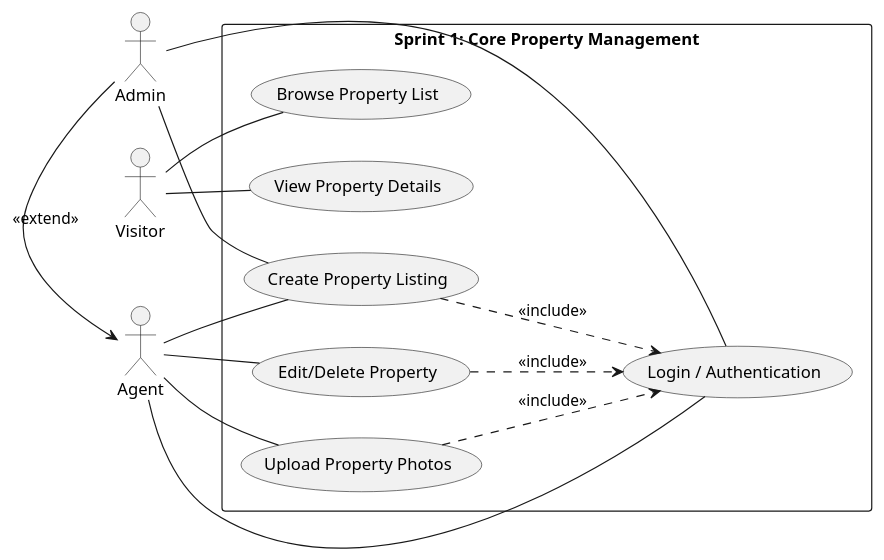
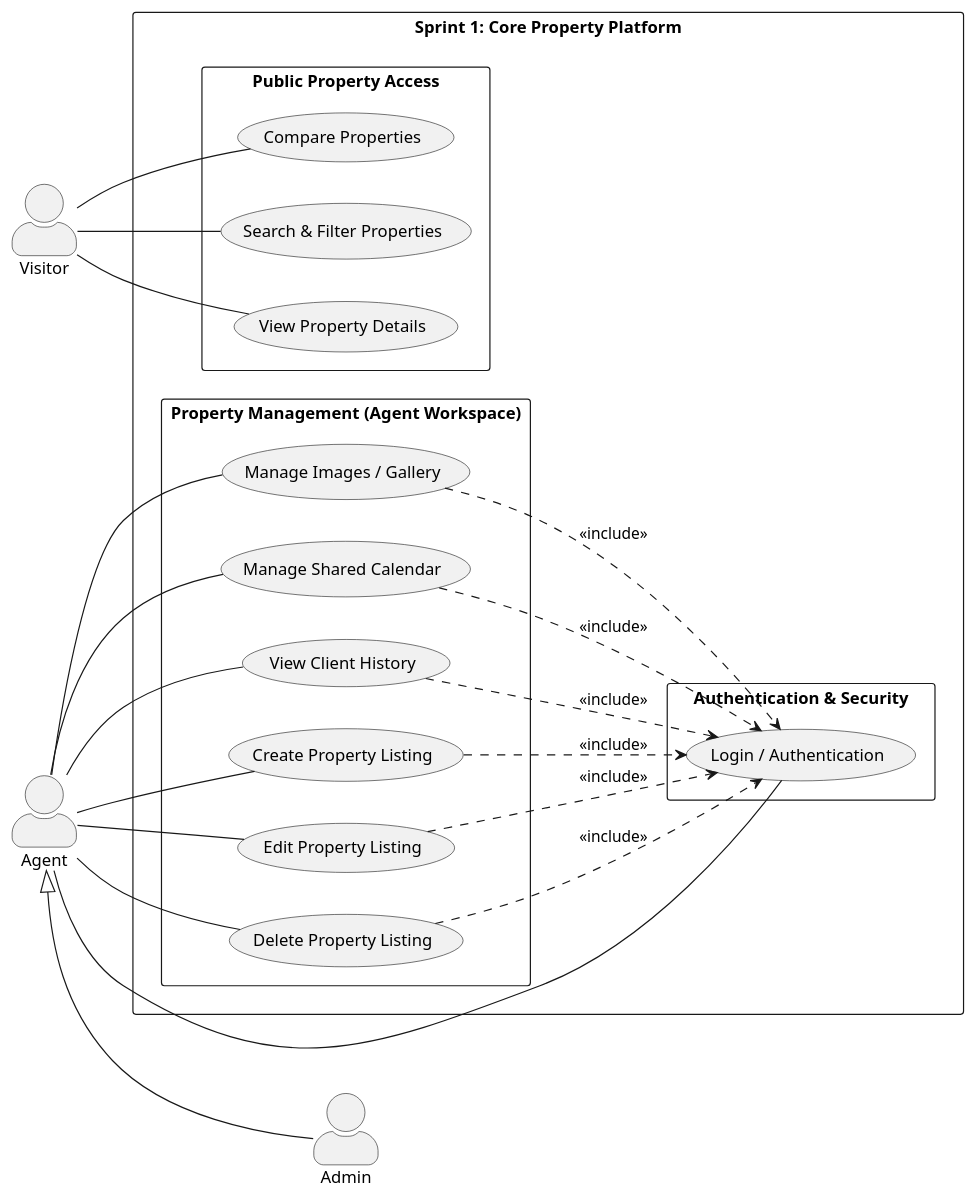
The diagram in UseCase/Sprint1_UseCase.puml (AZIZ-Soufiane/PropertyHub-PFE), drawn with PlantUML before and after one commit. The commit also changed 23 other files, not shown here.

```diff
--- a/UseCase/Sprint1_UseCase.puml
+++ b/UseCase/Sprint1_UseCase.puml
@@ -1,38 +1,60 @@
 @startuml
 left to right direction
+skinparam packageStyle rectangle
 skinparam shadowing false
+skinparam actorStyle awesome
 
+' Actors
+actor "Visitor" as Visitor
+actor "Agent" as Agent
 actor "Admin" as Admin
-actor "Agent" as Agent
-actor "Visitor" as Vis
 
-rectangle "Sprint 1: Core Property Management" {
-    (Login / Authentication) as UC_Auth
-    (Create Property Listing) as UC_Create
-    (Edit/Delete Property) as UC_Edit
-    (Upload Property Photos) as UC_Photos
-    (Browse Property List) as UC_Browse
-    (View Property Details) as UC_Details
+' Hierarchy
+Agent <|-- Admin
+
+rectangle "Sprint 1: Core Property Platform" {
+
+  package "Authentication & Security" {
+      usecase "Login / Authentication" as Login
+  }
+
+  package "Public Property Access" {
+      usecase "Search & Filter Properties" as Search
+      usecase "View Property Details" as Details
+      usecase "Compare Properties" as Compare
+  }
+
+  package "Property Management (Agent Workspace)" {
+      usecase "Create Property Listing" as CreateListing
+      usecase "Edit Property Listing" as EditListing
+      usecase "Delete Property Listing" as DeleteListing
+      usecase "Manage Images / Gallery" as Gallery
+      usecase "Manage Shared Calendar" as Calendar
+      usecase "View Client History" as ClientHistory
+  }
+
 }
 
-' Visitor Actions
-Vis -- UC_Browse
-Vis -- UC_Details
+' Visitor actions
+Visitor -- Search
+Visitor -- Details
+Visitor -- Compare
 
-' Staff Actions (Agent & Admin)
-Agent -- UC_Auth
-Agent -- UC_Create
-Agent -- UC_Edit
-Agent -- UC_Photos
+' Agent actions
+Agent -- Login
+Agent -- CreateListing
+Agent -- EditListing
+Agent -- DeleteListing
+Agent -- Gallery
+Agent -- Calendar
+Agent -- ClientHistory
 
-Admin -- UC_Auth
-Admin -- UC_Create
-
-' Security Requirements
-UC_Create ..> UC_Auth : <<include>>
-UC_Edit   ..> UC_Auth : <<include>>
-UC_Photos ..> UC_Auth : <<include>>
-
-Admin -right-> Agent : <<extend>>
+' Security includes
+CreateListing ..> Login : <<include>>
+EditListing ..> Login : <<include>>
+DeleteListing ..> Login : <<include>>
+Gallery ..> Login : <<include>>
+Calendar ..> Login : <<include>>
+ClientHistory ..> Login : <<include>>
 
 @enduml
```
